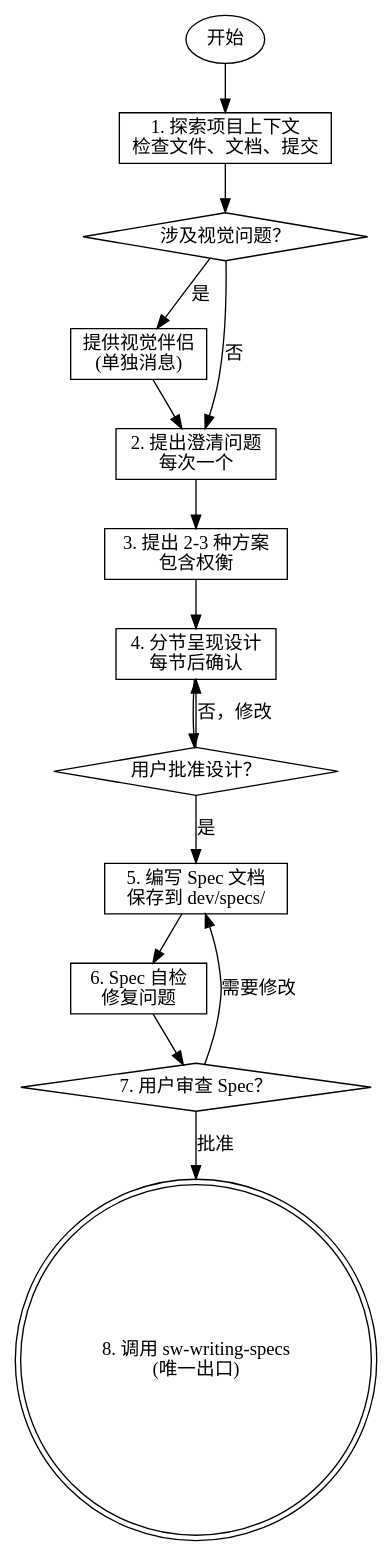
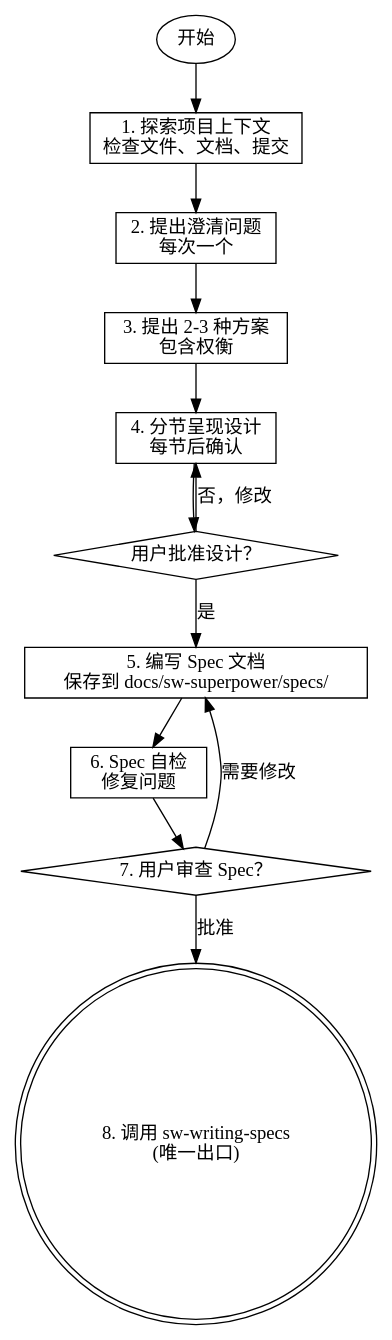
The diagram in sw-brainstorming/SKILL.md (vaycentsun/sw-superpower), drawn with Graphviz before and after one commit. The commit also changed other lines of this file and 29 other files, not shown here.

````diff
--- a/sw-brainstorming/SKILL.md
+++ b/sw-brainstorming/SKILL.md
@@ -37,33 +37,28 @@
 ```dot
 digraph brainstorming {
   rankdir=TB;
   
   start [label="开始", shape=ellipse];
   explore [label="1. 探索项目上下文\n检查文件、文档、提交", shape=box];
-  visual_check [label="涉及视觉问题？", shape=diamond];
-  offer_visual [label="提供视觉伴侣\n(单独消息)", shape=box];
   questions [label="2. 提出澄清问题\n每次一个", shape=box];
   approaches [label="3. 提出 2-3 种方案\n包含权衡", shape=box];
   present [label="4. 分节呈现设计\n每节后确认", shape=box];
   approve_design [label="用户批准设计？", shape=diamond];
-  write_spec [label="5. 编写 Spec 文档\n保存到 dev/specs/", shape=box];
+  write_spec [label="5. 编写 Spec 文档\n保存到 docs/sw-superpower/specs/", shape=box];
   self_review [label="6. Spec 自检\n修复问题", shape=box];
   user_review [label="7. 用户审查 Spec？", shape=diamond];
   invoke_writing [label="8. 调用 sw-writing-specs\n(唯一出口)", shape=doublecircle];
-  
+
   start -> explore;
-  explore -> visual_check;
-  visual_check -> offer_visual [label="是"];
-  visual_check -> questions [label="否"];
-  offer_visual -> questions;
+  explore -> questions;
   questions -> approaches;
   approaches -> present;
   present -> approve_design;
   approve_design -> present [label="否，修改"];
   approve_design -> write_spec [label="是"];
   write_spec -> self_review;
   self_review -> user_review;
   user_review -> write_spec [label="需要修改"];
   user_review -> invoke_writing [label="批准"];
 }
 ```
````
